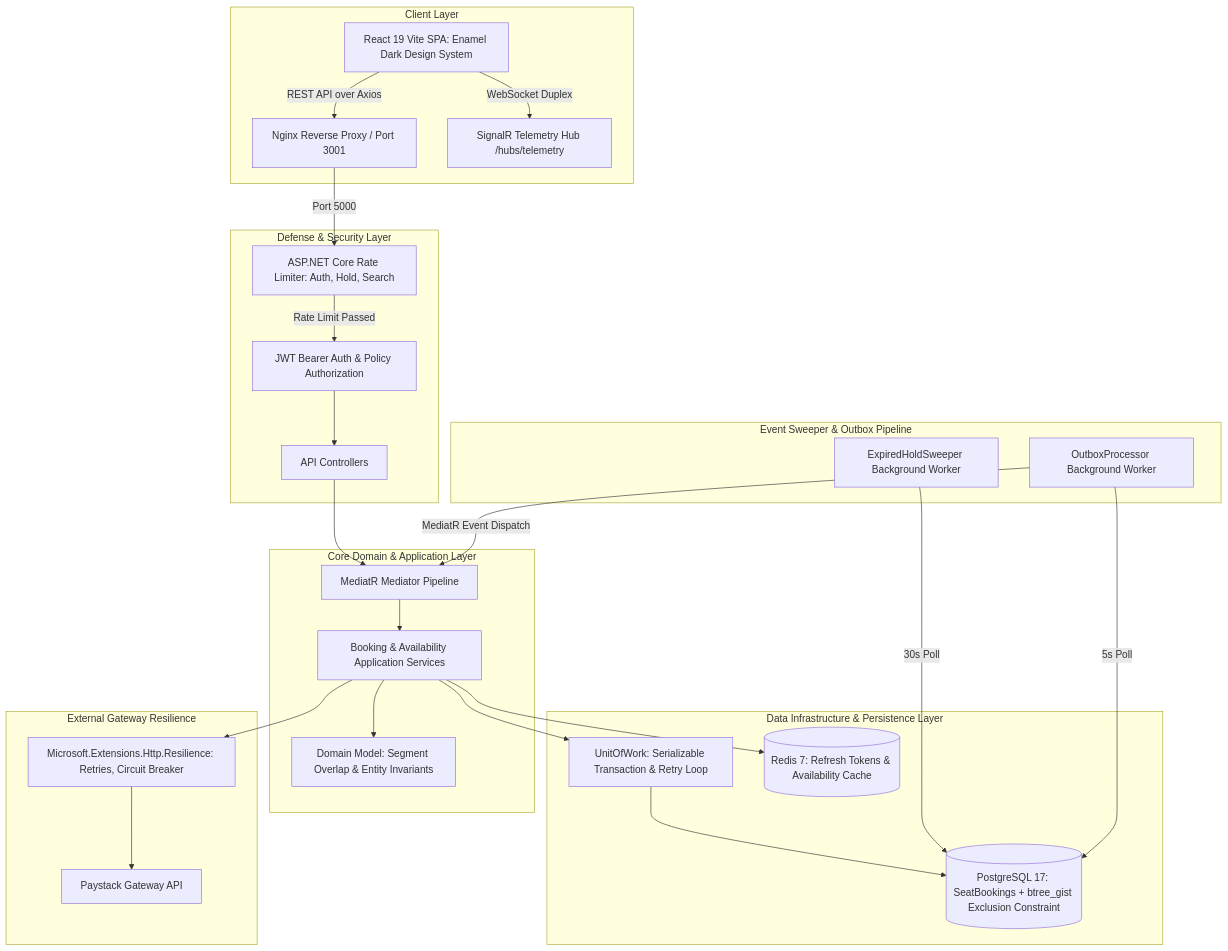
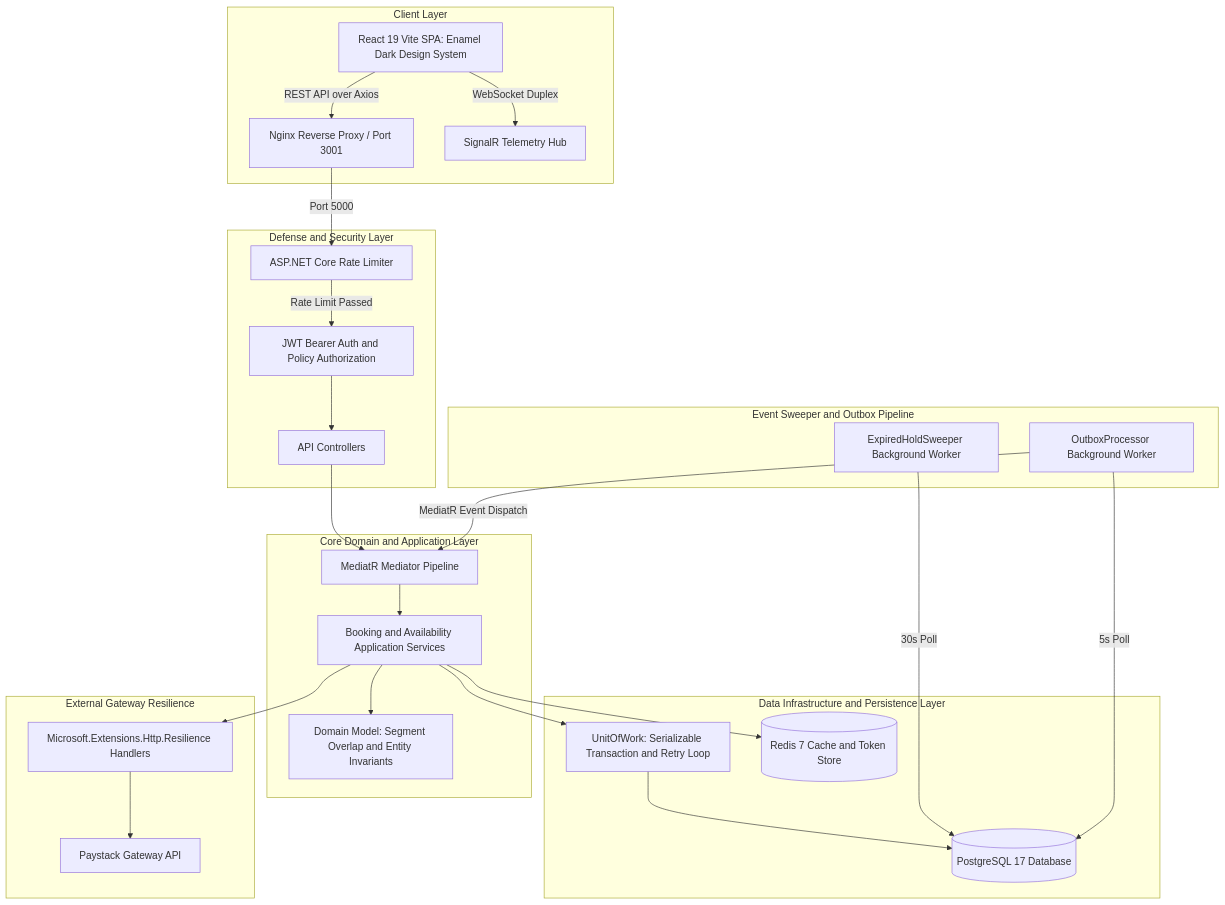
The diagram in README.md (oluwadamme/BitRoute), drawn with Mermaid before and after one commit. The commit also changed 1 other file, not shown here.

Commit message:
fix(docs): clean up Mermaid flowchart syntax across all docs for universal renderer compatibility

````diff
--- a/README.md
+++ b/README.md
@@ -134,36 +134,36 @@
 ```mermaid
 flowchart TD
-    subgraph Client["Client Layer"]
-        SPA["React 19 Vite SPA: Enamel Dark Design System"] -->|REST API over Axios| GW["Nginx Reverse Proxy / Port 3001"]
-        SPA -->|WebSocket Duplex| HUB_WS["SignalR Telemetry Hub /hubs/telemetry"]
+    subgraph Client[Client Layer]
+        SPA[React 19 Vite SPA: Enamel Dark Design System] -->|REST API over Axios| GW[Nginx Reverse Proxy / Port 3001]
+        SPA -->|WebSocket Duplex| HUB_WS[SignalR Telemetry Hub]
     end
 
-    subgraph Security["Defense & Security Layer"]
-        GW -->|Port 5000| RATE["ASP.NET Core Rate Limiter: Auth, Hold, Search"]
-        RATE -->|Rate Limit Passed| JWT["JWT Bearer Auth & Policy Authorization"]
-        JWT --> CTRL["API Controllers"]
+    subgraph Security[Defense and Security Layer]
+        GW -->|Port 5000| RATE[ASP.NET Core Rate Limiter]
+        RATE -->|Rate Limit Passed| JWT[JWT Bearer Auth and Policy Authorization]
+        JWT --> CTRL[API Controllers]
     end
 
-    subgraph DomainLayer["Core Domain & Application Layer"]
-        CTRL --> MED["MediatR Mediator Pipeline"]
-        MED --> SRV["Booking & Availability Application Services"]
-        SRV --> DOM["Domain Model: Segment Overlap & Entity Invariants"]
+    subgraph DomainLayer[Core Domain and Application Layer]
+        CTRL --> MED[MediatR Mediator Pipeline]
+        MED --> SRV[Booking and Availability Application Services]
+        SRV --> DOM[Domain Model: Segment Overlap and Entity Invariants]
     end
 
-    subgraph Infra["Data Infrastructure & Persistence Layer"]
-        SRV --> UOW["UnitOfWork: Serializable Transaction & Retry Loop"]
-        UOW --> PG[("PostgreSQL 17: SeatBookings + btree_gist Exclusion Constraint")]
-        SRV --> REDIS[("Redis 7: Refresh Tokens & Availability Cache")]
+    subgraph Infra[Data Infrastructure and Persistence Layer]
+        SRV --> UOW[UnitOfWork: Serializable Transaction and Retry Loop]
+        UOW --> PG[(PostgreSQL 17 Database)]
+        SRV --> REDIS[(Redis 7 Cache and Token Store)]
     end
 
-    subgraph Workers["Event Sweeper & Outbox Pipeline"]
-        SWEEP["ExpiredHoldSweeper Background Worker"] -->|30s Poll| PG
-        OUTBOX["OutboxProcessor Background Worker"] -->|5s Poll| PG
+    subgraph Workers[Event Sweeper and Outbox Pipeline]
+        SWEEP[ExpiredHoldSweeper Background Worker] -->|30s Poll| PG
+        OUTBOX[OutboxProcessor Background Worker] -->|5s Poll| PG
         OUTBOX -->|MediatR Event Dispatch| MED
     end
 
-    subgraph Gateway["External Gateway Resilience"]
-        SRV --> RESILIENCE["Microsoft.Extensions.Http.Resilience: Retries, Circuit Breaker"]
-        RESILIENCE --> PAYSTACK["Paystack Gateway API"]
+    subgraph Gateway[External Gateway Resilience]
+        SRV --> RESILIENCE[Microsoft.Extensions.Http.Resilience Handlers]
+        RESILIENCE --> PAYSTACK[Paystack Gateway API]
     end
 ```
````
